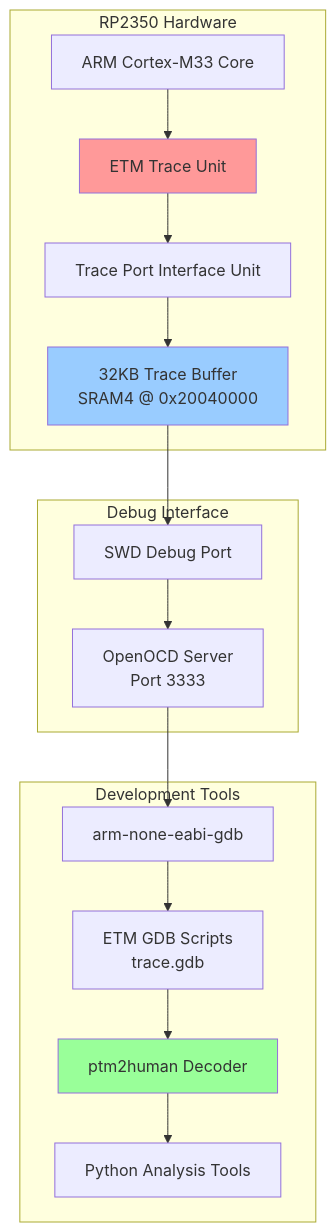
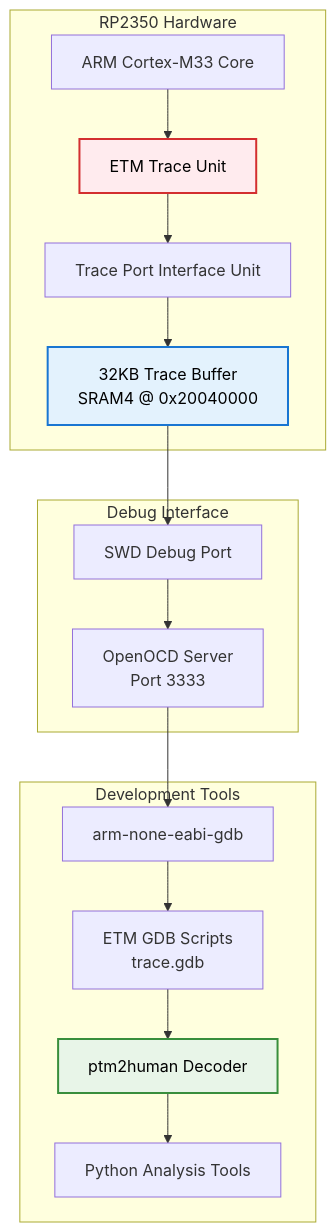
The first of 3 diagrams in README.md (Tabrez-dev/pico2-etm), drawn with Mermaid before and after one commit. The commit also changed other lines of this file, not shown here.

````diff
--- a/README.md
+++ b/README.md
@@ -22,35 +22,36 @@
 ```mermaid
 graph TB
     subgraph "RP2350 Hardware"
         CPU[ARM Cortex-M33 Core]
         ETM[ETM Trace Unit]
         TPIU[Trace Port Interface Unit]
         SRAM[32KB Trace Buffer<br/>SRAM4 @ 0x20040000]
     end
     
     subgraph "Debug Interface"
         SWD[SWD Debug Port]
         OpenOCD[OpenOCD Server<br/>Port 3333]
     end
     
     subgraph "Development Tools"
         GDB[arm-none-eabi-gdb]
         Scripts[ETM GDB Scripts<br/>trace.gdb]
         Decoder[ptm2human Decoder]
         Analyzer[Python Analysis Tools]
     end
     
     CPU --> ETM
     ETM --> TPIU
     TPIU --> SRAM
     SRAM --> SWD
     SWD --> OpenOCD
     OpenOCD --> GDB
     GDB --> Scripts
     Scripts --> Decoder
     Decoder --> Analyzer
     
-    style ETM fill:#ff9999
-    style SRAM fill:#99ccff
-    style Decoder fill:#99ff99
+    %% GitHub-compatible styling with good contrast
+    style ETM fill:#ffebee,stroke:#d32f2f,stroke-width:2px,color:#000
+    style SRAM fill:#e3f2fd,stroke:#1976d2,stroke-width:2px,color:#000
+    style Decoder fill:#e8f5e8,stroke:#388e3c,stroke-width:2px,color:#000
 ```
````
